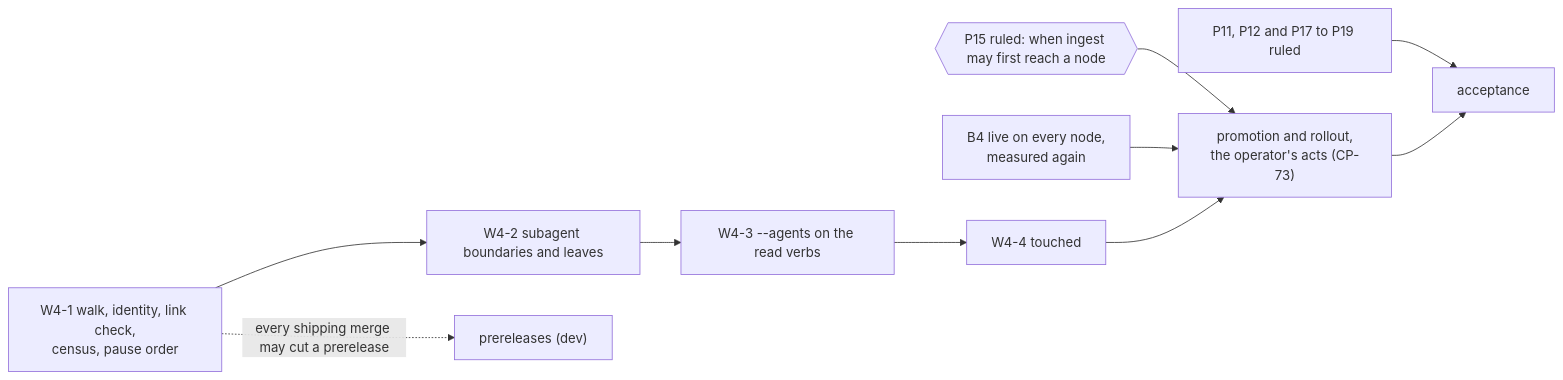
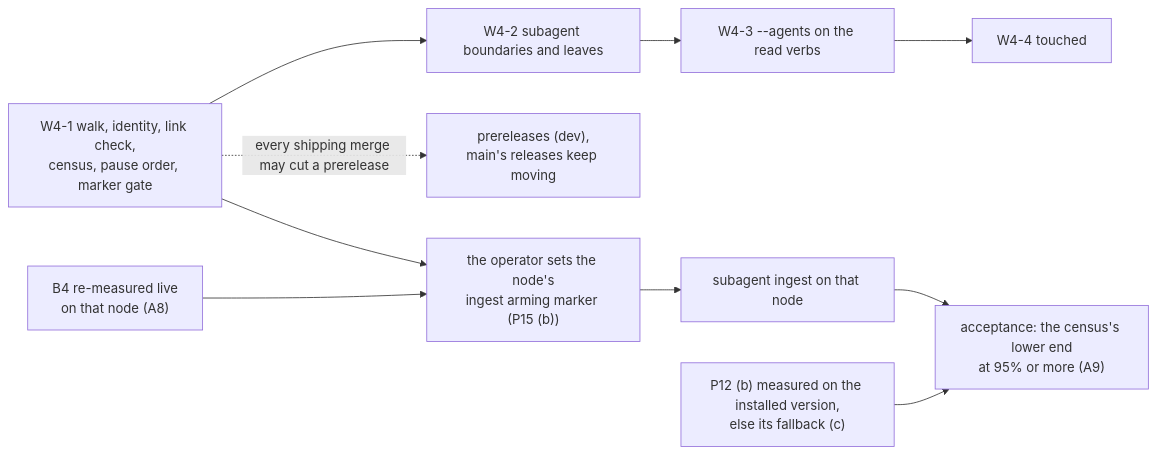
Before and after one commit to Synapsium-Labs/ccrc-pwa: the third of 3 diagrams in docs/superpowers/specs/2026-10-29-ccrc-history-w4-subagents-touched-design.md, drawn with Mermaid. The commit also changed other lines of this file and 1 other file, not shown here.

````diff
--- a/docs/superpowers/specs/2026-10-29-ccrc-history-w4-subagents-touched-design.md
+++ b/docs/superpowers/specs/2026-10-29-ccrc-history-w4-subagents-touched-design.md
@@ -612,12 +609,12 @@
 ```mermaid
 flowchart LR
-  W1["W4-1 walk, identity, link check,<br/>census, pause order"] --> W2["W4-2 subagent boundaries and leaves"]
+  W1["W4-1 walk, identity, link check,<br/>census, pause order, marker gate"] --> W2["W4-2 subagent boundaries and leaves"]
   W2 --> W3["W4-3 --agents on the read verbs"]
   W3 --> W4["W4-4 touched"]
-  W1 -. "every shipping merge may cut a prerelease" .-> PR["prereleases (dev)"]
-  S{{"P15 ruled: when ingest may first reach a node"}} --> R["promotion and rollout,<br/>the operator's acts (CP-73)"]
-  P["B4 live on every node,<br/>measured again"] --> R
-  W4 --> R
-  D["P11, P12 and P17 to P19 ruled"] --> AC["acceptance"]
-  R --> AC
+  W1 -. "every shipping merge may cut a prerelease" .-> PR["prereleases (dev),<br/>main's releases keep moving"]
+  W1 --> MK["the operator sets the node's<br/>ingest arming marker (P15 (b))"]
+  P["B4 re-measured live<br/>on that node (A8)"] --> MK
+  MK --> ING["subagent ingest on that node"]
+  ING --> AC["acceptance: the census's lower end<br/>at 95% or more (A9)"]
+  D["P12 (b) measured on the installed version,<br/>else its fallback (c)"] --> AC
 ```
````
